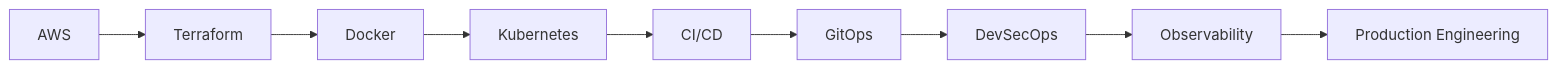
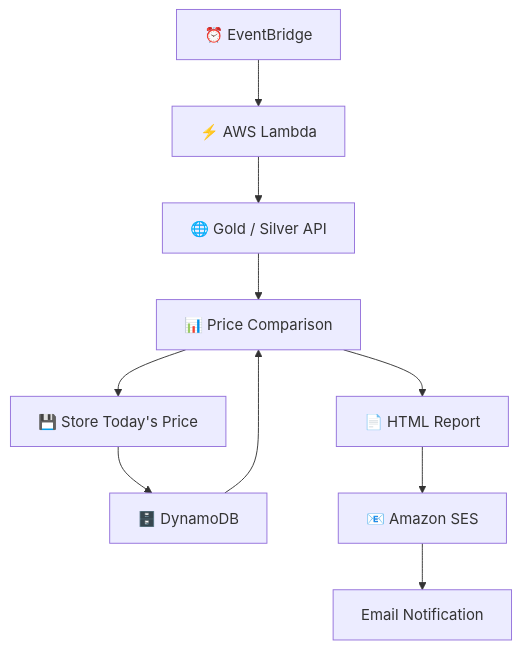
Before and after one commit to harshithrosun2705-star/harshithrosun2705-star: the fourth of 6 diagrams in README.md, drawn with Mermaid. The commit also changed other lines of this file, not shown here.

````diff
--- a/README.md
+++ b/README.md
@@ -604,12 +551,21 @@
 ```mermaid
-flowchart LR
+flowchart TD
 
-    A["AWS"] --> B["Terraform"]
-    B --> C["Docker"]
-    C --> D["Kubernetes"]
-    D --> E["CI/CD"]
-    E --> F["GitOps"]
-    F --> G["DevSecOps"]
-    G --> H["Observability"]
-    H --> I["Production Engineering"]
+    EB["⏰ EventBridge"] --> L["⚡ AWS Lambda"]
+
+    L --> API["🌐 Gold / Silver API"]
+
+    API --> COMPARE["📊 Price Comparison"]
+
+    DB["🗄️ DynamoDB"] --> COMPARE
+
+    COMPARE --> SAVE["💾 Store Today's Price"]
+
+    SAVE --> DB
+
+    COMPARE --> HTML["📄 HTML Report"]
+
+    HTML --> SES["📧 Amazon SES"]
+
+    SES --> USER["Email Notification"]
 ```
````
